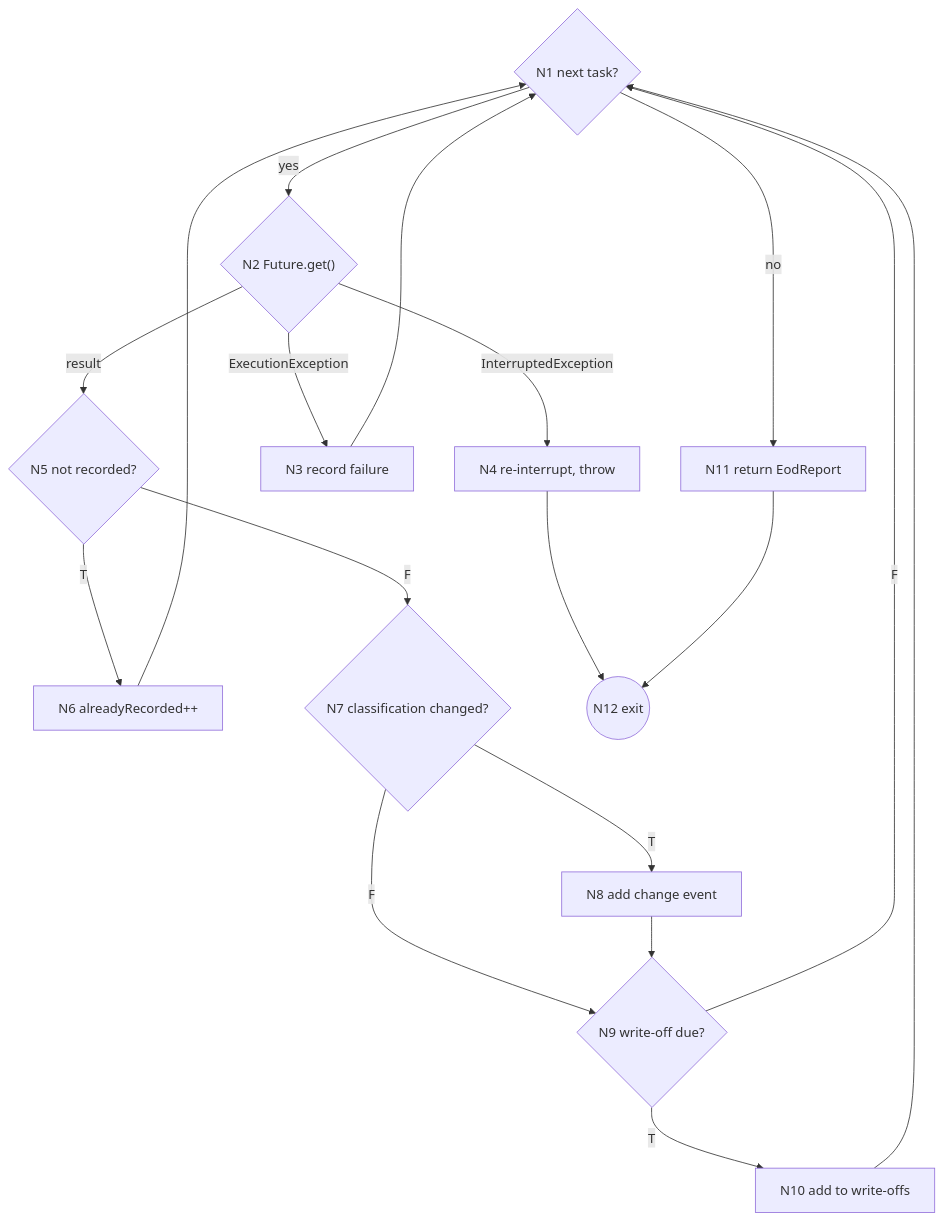
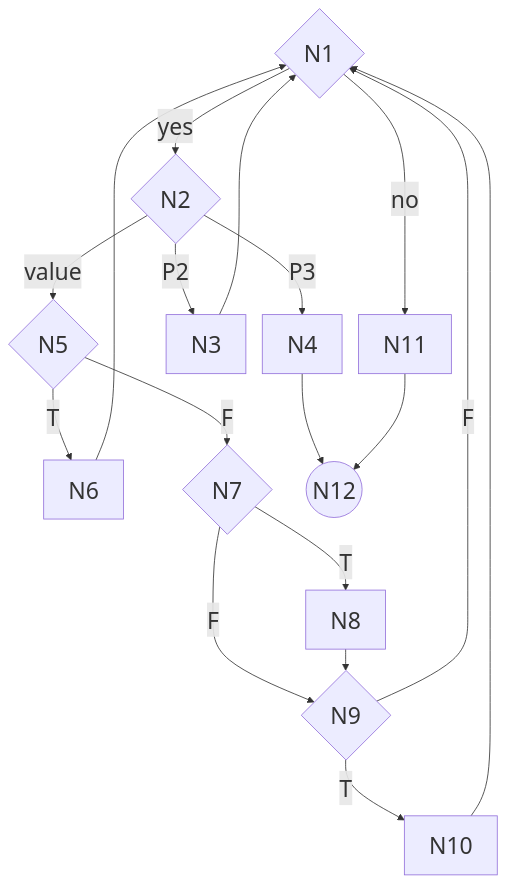
One commit to MicroLend-SE423/microlend changed the third of 3 diagrams in qa/test-design/white-box.md. Above: the diagram before and after it, drawn with Mermaid. The commit also changed other lines of this file and 3 other files, not shown here.

First line of the commit message:
docs: PDF layout fixes for QA tables and control-flow graphs

````diff
--- a/qa/test-design/white-box.md
+++ b/qa/test-design/white-box.md
@@ -318,20 +320,21 @@
 ```mermaid
+%%{init: {"themeVariables": {"fontSize": "28px"}, "flowchart": {"rankSpacing": 26, "nodeSpacing": 20}} }%%
 flowchart TD
-    N1{"N1 next task?"} -->|yes| N2{"N2 Future.get()"}
-    N1 -->|no| N11["N11 return EodReport"]
-    N2 -->|result| N5{"N5 not recorded?"}
-    N2 -->|ExecutionException| N3["N3 record failure"]
-    N2 -->|InterruptedException| N4["N4 re-interrupt, throw"]
+    N1{"N1"} -->|yes| N2{"N2"}
+    N1 -->|no| N11["N11"]
+    N2 -->|value| N5{"N5"}
+    N2 -->|P2| N3["N3"]
+    N2 -->|P3| N4["N4"]
     N3 --> N1
-    N5 -->|T| N6["N6 alreadyRecorded++"]
+    N5 -->|T| N6["N6"]
     N6 --> N1
-    N5 -->|F| N7{"N7 classification changed?"}
-    N7 -->|T| N8["N8 add change event"]
-    N7 -->|F| N9{"N9 write-off due?"}
+    N5 -->|F| N7{"N7"}
+    N7 -->|T| N8["N8"]
+    N7 -->|F| N9{"N9"}
     N8 --> N9
-    N9 -->|T| N10["N10 add to write-offs"]
+    N9 -->|T| N10["N10"]
     N9 -->|F| N1
     N10 --> N1
-    N4 --> N12(("N12 exit"))
+    N4 --> N12(("N12"))
     N11 --> N12
 ```
````
